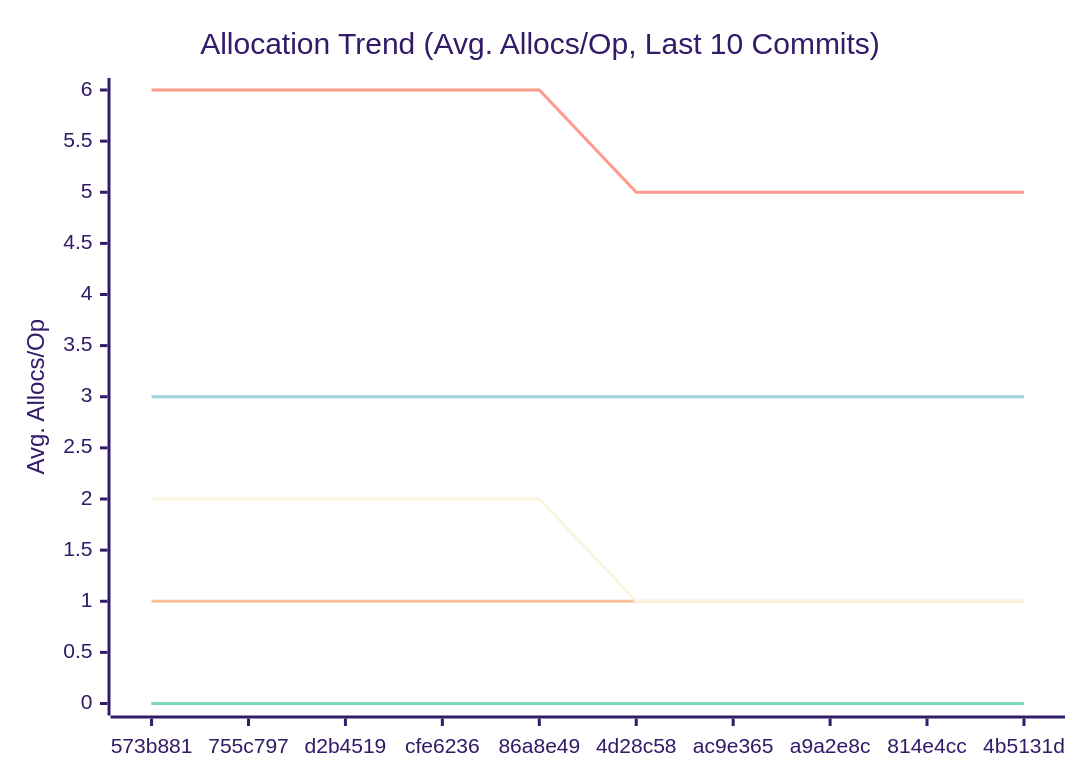
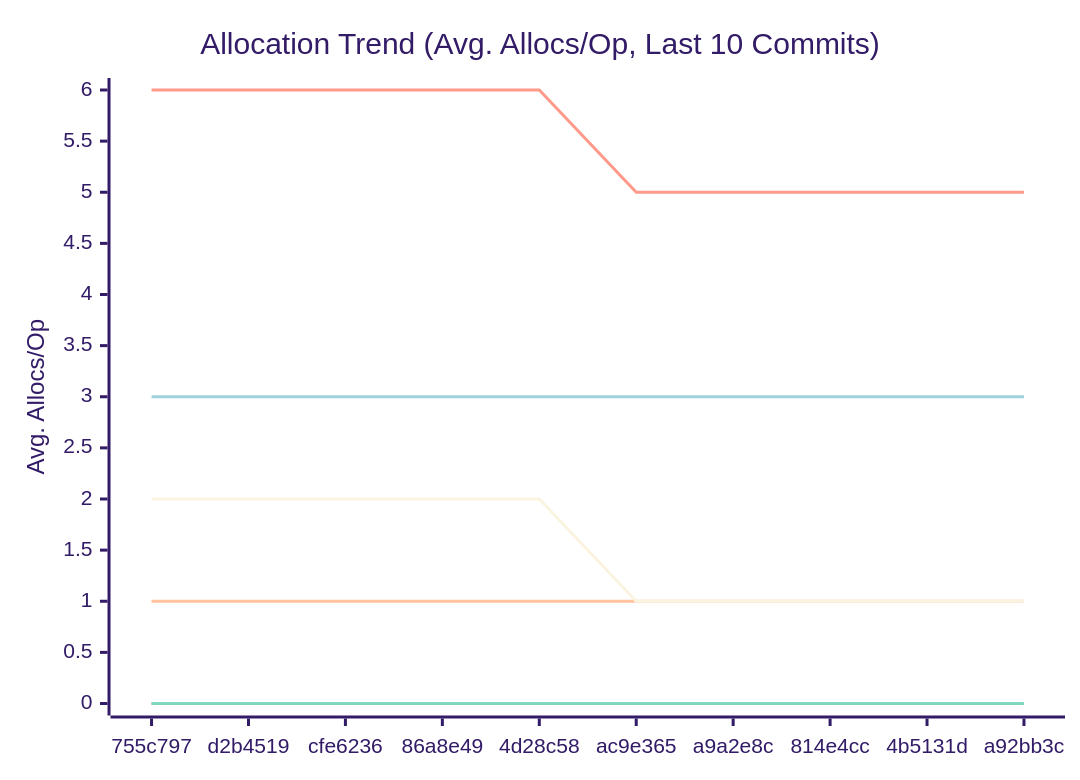
The third of 3 diagrams in docs/PERFORMANCE.md (alsotoes/momo), drawn with Mermaid (forest theme) before and after one commit. The commit also changed other lines of this file and 2 other files, not shown here.

````diff
--- a/docs/PERFORMANCE.md
+++ b/docs/PERFORMANCE.md
@@ -114,16 +114,16 @@
 ```mermaid
 xychart-beta
     title "Allocation Trend (Avg. Allocs/Op, Last 10 Commits)"
     x-axis "Commit"
     y-axis "Avg. Allocs/Op"
-    x-axis [573b881,755c797,d2b4519,cfe6236,86a8e49,4d28c58,ac9e365,a9a2e8c,814e4cc,4b5131d]
+    x-axis [755c797,d2b4519,cfe6236,86a8e49,4d28c58,ac9e365,a9a2e8c,814e4cc,4b5131d,a92bb3c]
     line "CheckMetricsAndSwap" [0,0,0,0,0,0,0,0,0,0]
     line "CrushOptimized" [0,0,0,0,0,0,0,0,0,0]
     line "CrushOriginal" [3,3,3,3,3,3,3,3,3,3]
     line "IndexDirectTracking" [0,0,0,0,0,0,0,0,0,0]
     line "IndexSearch" [0,0,0,0,0,0,0,0,0,0]
     line "LoadGlobalConfig" [1,1,1,1,1,1,1,1,1,1]
     line "PadString" [0,0,0,0,0,0,0,0,0,0]
     line "ParseReplicationOrder_NoPrealloc" [6,6,6,6,6,5,5,5,5,5]
     line "ParseReplicationOrder_Prealloc" [2,2,2,2,2,1,1,1,1,1]
 ```
````
